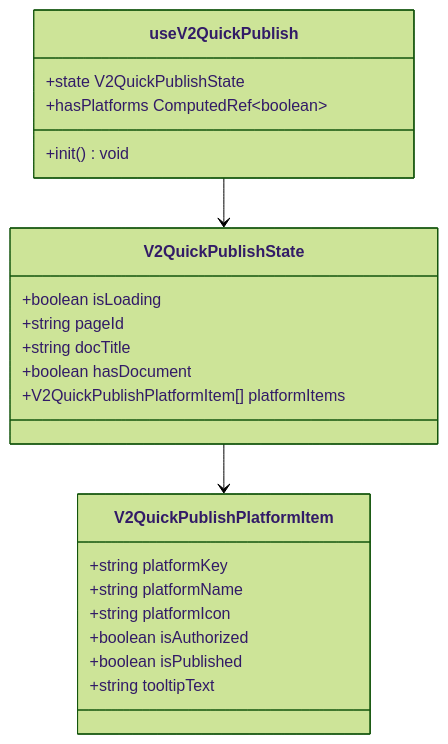
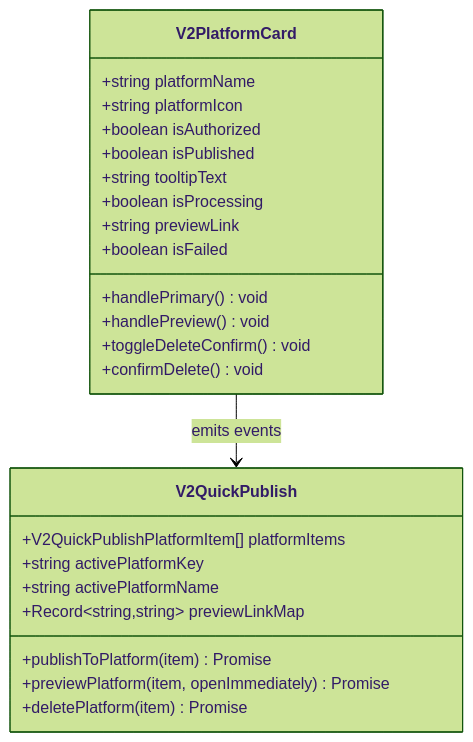
The third of 6 diagrams in .qoder/repowiki/zh/content/核心架构/组件架构设计/Composition API设计模式/V2 快速发布组合式函数.md (terwer/siyuan-plugin-publisher), drawn with Mermaid (forest theme) before and after one commit. The commit also changed other lines of this file and 16 other files, not shown here.

````diff
--- a/.qoder/repowiki/zh/content/核心架构/组件架构设计/Composition API设计模式/V2 快速发布组合式函数.md
+++ b/.qoder/repowiki/zh/content/核心架构/组件架构设计/Composition API设计模式/V2 快速发布组合式函数.md
@@ -99,25 +174,27 @@
 ```mermaid
 classDiagram
-class V2QuickPublishState {
-+boolean isLoading
-+string pageId
-+string docTitle
-+boolean hasDocument
-+V2QuickPublishPlatformItem[] platformItems
-}
-class V2QuickPublishPlatformItem {
-+string platformKey
+class V2PlatformCard {
 +string platformName
 +string platformIcon
 +boolean isAuthorized
 +boolean isPublished
 +string tooltipText
++boolean isProcessing
++string previewLink
++boolean isFailed
++handlePrimary() void
++handlePreview() void
++toggleDeleteConfirm() void
++confirmDelete() void
 }
-class useV2QuickPublish {
-+init() void
-+state V2QuickPublishState
-+hasPlatforms ComputedRef~boolean~
+class V2QuickPublish {
++V2QuickPublishPlatformItem[] platformItems
++string activePlatformKey
++string activePlatformName
++Record~string,string~ previewLinkMap
++publishToPlatform(item) Promise
++previewPlatform(item, openImmediately) Promise
++deletePlatform(item) Promise
 }
-useV2QuickPublish --> V2QuickPublishState
-V2QuickPublishState --> V2QuickPublishPlatformItem
+V2PlatformCard --> V2QuickPublish : emits events
 ```
````
